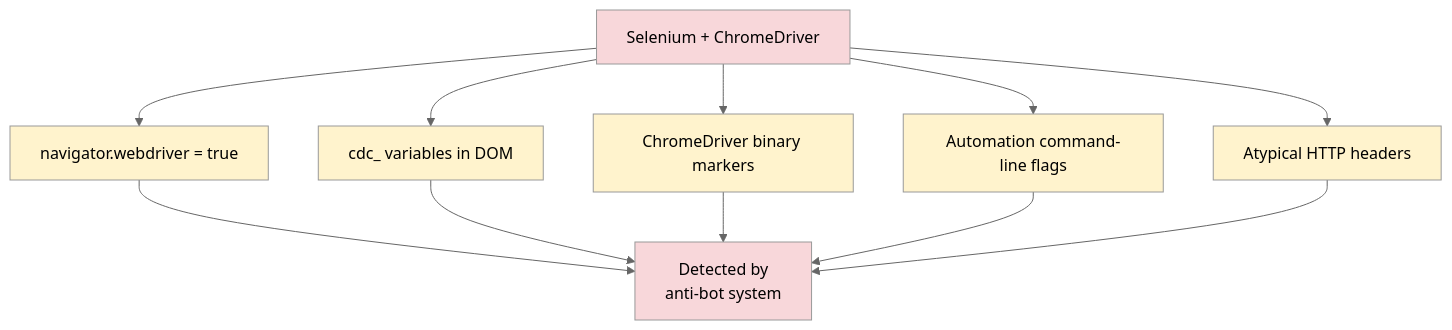
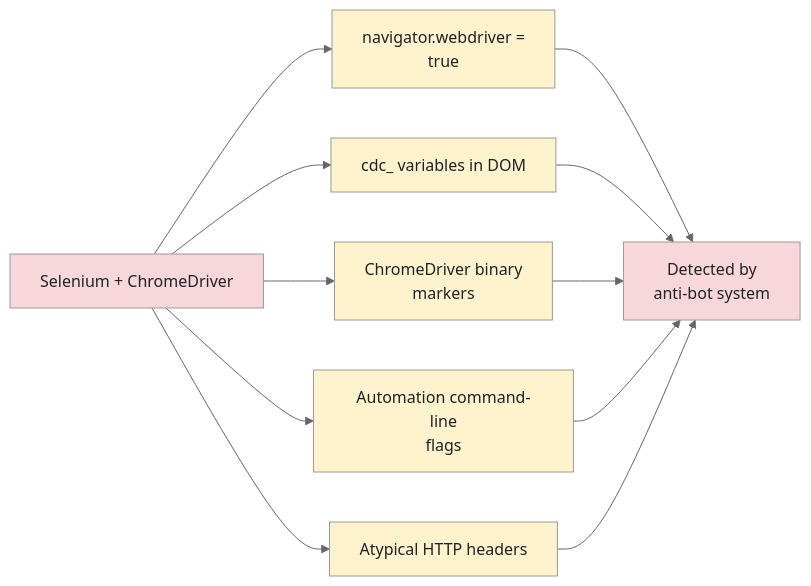
Before and after one commit to bytetunnels/bytetunnels.github.com: the first of 5 diagrams in _posts/2026-02-14-camoufox-vs-selenium-anti-detection-approaches-compared.md, drawn with Mermaid (neutral theme). The commit also changed other lines of this file and 118 other files, not shown here.

Commit message:
feat: improve diagram styling and compact wide flowcharts

````diff
--- a/_posts/2026-02-14-camoufox-vs-selenium-anti-detection-approaches-compared.md
+++ b/_posts/2026-02-14-camoufox-vs-selenium-anti-detection-approaches-compared.md
@@ -41,21 +41,21 @@
 ```mermaid
-graph TD
-    A["Selenium + ChromeDriver"] --> B["navigator.webdriver = true"]
+graph LR
+    A["Selenium + ChromeDriver"] --> B["navigator.webdriver =<br/>true"]
     A --> C["cdc_ variables in DOM"]
-    A --> D["ChromeDriver binary markers"]
-    A --> E["Automation command-line flags"]
+    A --> D["ChromeDriver binary<br/>markers"]
+    A --> E["Automation command-line<br/>flags"]
     A --> F["Atypical HTTP headers"]
-    B --> G["Detected by<br>anti-bot system"]
+    B --> G["Detected by<br/>anti-bot system"]
     C --> G
     D --> G
     E --> G
     F --> G
 
-    style A fill:#f8d7da
-    style G fill:#f8d7da
-    style B fill:#fff3cd
-    style C fill:#fff3cd
-    style D fill:#fff3cd
-    style E fill:#fff3cd
-    style F fill:#fff3cd
+    style A fill:#f8d7da,color:#1f2328
+    style G fill:#f8d7da,color:#1f2328
+    style B fill:#fff3cd,color:#1f2328
+    style C fill:#fff3cd,color:#1f2328
+    style D fill:#fff3cd,color:#1f2328
+    style E fill:#fff3cd,color:#1f2328
+    style F fill:#fff3cd,color:#1f2328
 ```
````
